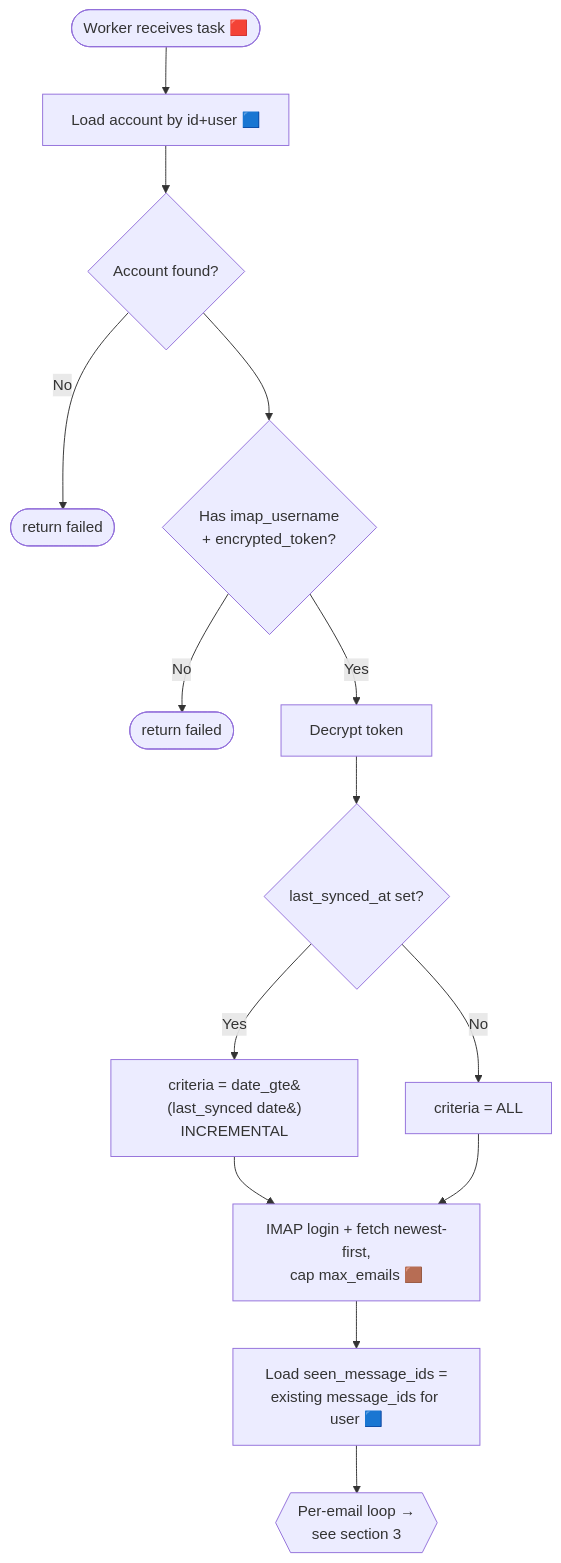
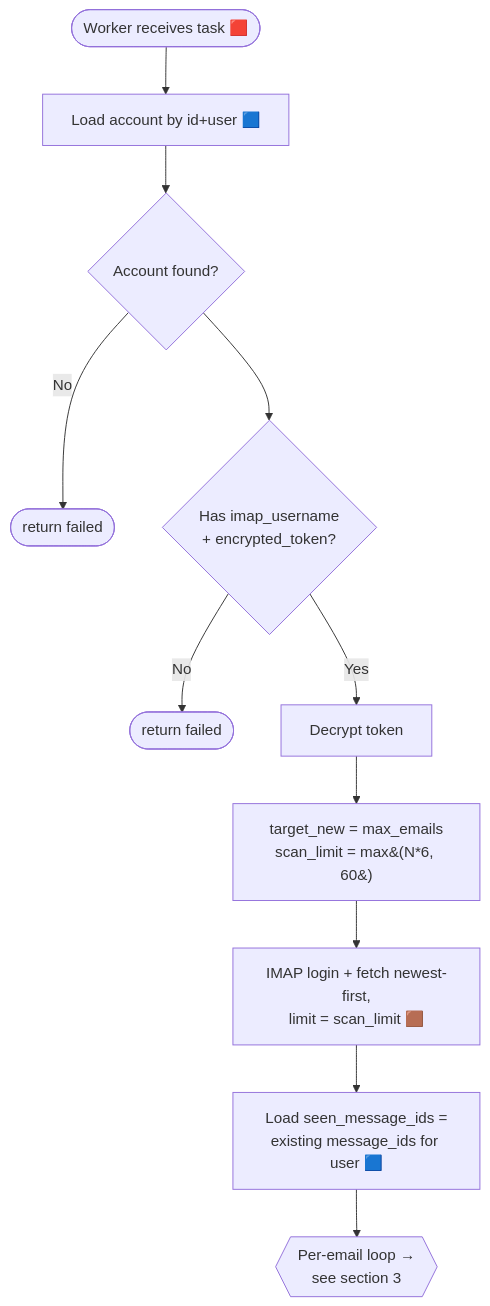
Before and after one commit to CodeAcc2007-dev/KRNL_V3-: the second of 4 diagrams in docs/sync-flow.md, drawn with Mermaid. The commit also changed other lines of this file and 1 other file, not shown here.

Commit message:
Docs: reflect target-N sync (scan newest, process until N new)

````diff
--- a/docs/sync-flow.md
+++ b/docs/sync-flow.md
@@ -32,16 +32,13 @@
 ```mermaid
 flowchart TD
     S([Worker receives task 🟥]) --> A[Load account by id+user 🟦]
     A --> B{Account found?}
     B -- No --> B1([return failed])
     B --> C{Has imap_username<br/>+ encrypted_token?}
     C -- No --> C1([return failed])
     C -- Yes --> D[Decrypt token]
-    D --> E{last_synced_at set?}
-    E -- Yes --> F[criteria = date_gte&#40;last_synced date&#41;<br/>INCREMENTAL]
-    E -- No --> G[criteria = ALL]
-    F --> H[IMAP login + fetch newest-first,<br/>cap max_emails 🟫]
-    G --> H
+    D --> E[target_new = max_emails<br/>scan_limit = max&#40;N*6, 60&#41;]
+    E --> H[IMAP login + fetch newest-first,<br/>limit = scan_limit 🟫]
     H --> I[Load seen_message_ids =<br/>existing message_ids for user 🟦]
     I --> J{{Per-email loop →<br/>see section 3}}
 ```
````
